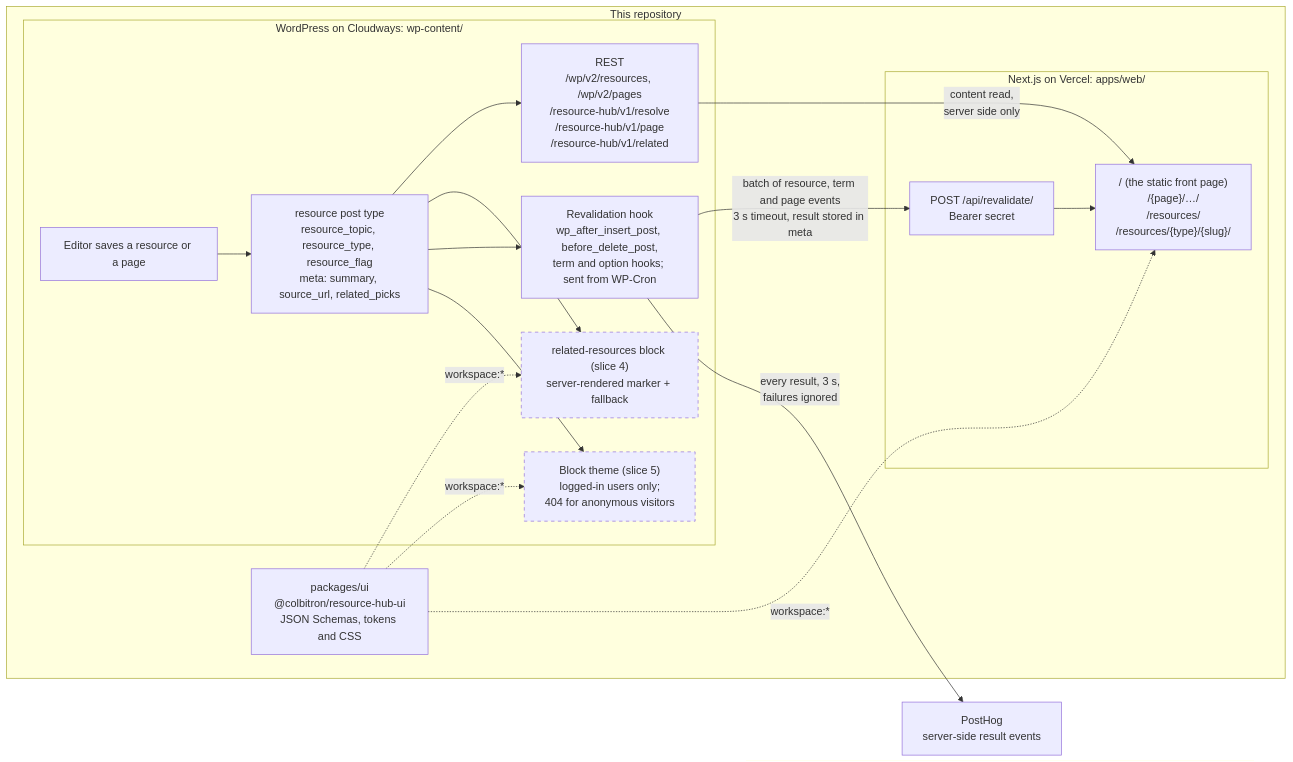
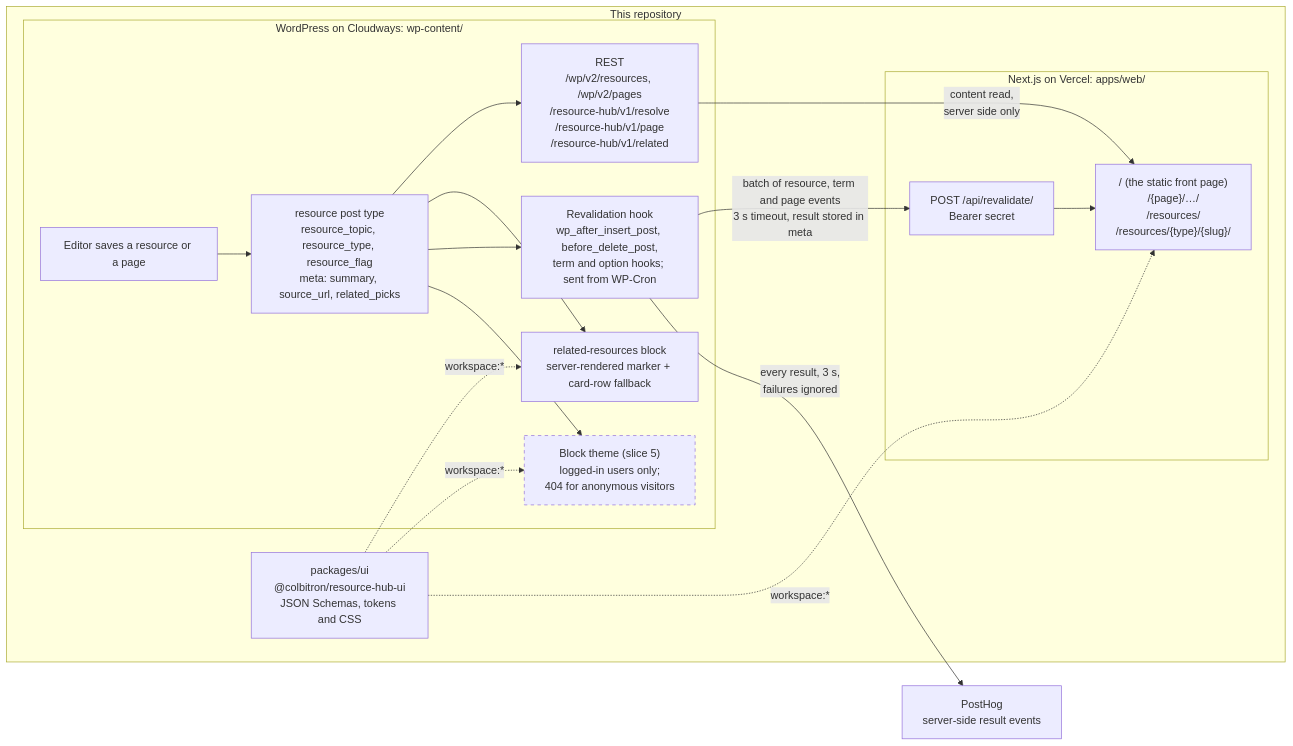
The diagram in README.md (Colbitron/resource-hub-wp), drawn with Mermaid before and after one commit. The commit also changed other lines of this file and 15 other files, not shown here.

First line of the commit message:
Describe slice 4 as built and state the block's row markup as contract

````diff
--- a/README.md
+++ b/README.md
@@ -51,38 +52,38 @@
 ```mermaid
 flowchart LR
     subgraph repo["This repository"]
         subgraph wp["WordPress on Cloudways: wp-content/"]
             editor["Editor saves a resource or a page"]
             cpt["resource post type<br/>resource_topic, resource_type, resource_flag<br/>meta: summary, source_url, related_picks"]
             rest["REST<br/>/wp/v2/resources, /wp/v2/pages<br/>/resource-hub/v1/resolve<br/>/resource-hub/v1/page<br/>/resource-hub/v1/related"]
-            block["related-resources block (slice 4)<br/>server-rendered marker + fallback"]
+            block["related-resources block<br/>server-rendered marker + card-row fallback"]
             hook["Revalidation hook<br/>wp_after_insert_post, before_delete_post,<br/>term and option hooks; sent from WP-Cron"]
             theme["Block theme (slice 5)<br/>logged-in users only;<br/>404 for anonymous visitors"]
             editor --> cpt
             cpt --> rest
             cpt --> block
             cpt --> hook
             cpt --> theme
         end
 
         ui["packages/ui<br/>@colbitron/resource-hub-ui<br/>JSON Schemas, tokens and CSS"]
 
         subgraph next["Next.js on Vercel: apps/web/"]
             api["POST /api/revalidate/<br/>Bearer secret"]
             pages["/ (the static front page)<br/>/{page}/…/<br/>/resources/<br/>/resources/{type}/{slug}/"]
             api --> pages
         end
     end
 
     posthog["PostHog<br/>server-side result events"]
 
     rest -->|"content read,<br/>server side only"| pages
     hook -->|"batch of resource, term and page events<br/>3 s timeout, result stored in meta"| api
     hook -->|"every result, 3 s,<br/>failures ignored"| posthog
     ui -.->|"workspace:*"| block
     ui -.->|"workspace:*"| theme
     ui -.->|"workspace:*"| pages
 
     classDef planned stroke-dasharray: 5 5
-    class theme,block planned
+    class theme planned
 ```
````
